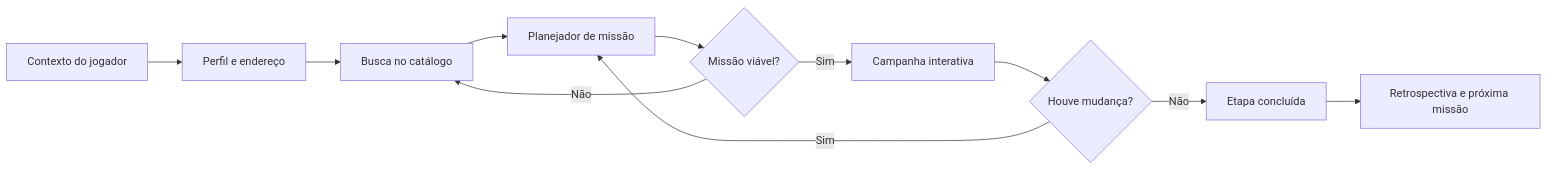
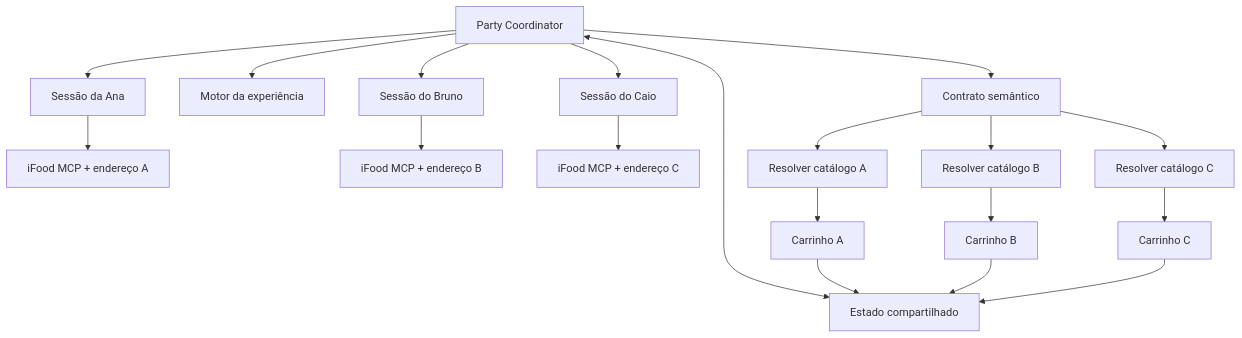
Before and after one commit to mhdsilva/hackaton-ifood: the second of 2 diagrams in README.md, drawn with Mermaid. The commit also changed other lines of this file and 1 other file, not shown here.

````diff
--- a/README.md
+++ b/README.md
@@ -156,13 +213,31 @@
 ```mermaid
-flowchart LR
-    A[Contexto do jogador] --> B[Perfil e endereço]
-    B --> C[Busca no catálogo]
-    C --> D[Planejador de missão]
-    D --> E{Missão viável?}
-    E -- Não --> C
-    E -- Sim --> F[Campanha interativa]
-    F --> G{Houve mudança?}
-    G -- Sim --> D
-    G -- Não --> H[Etapa concluída]
-    H --> I[Retrospectiva e próxima missão]
+flowchart TB
+    PARTY[Party Coordinator]
+    CONTRACT[Contrato semântico]
+    STATE[Estado compartilhado]
+    GAME[Motor da experiência]
+
+    PARTY --> CONTRACT
+    PARTY <--> STATE
+    PARTY --> GAME
+
+    PARTY --> SA[Sessão da Ana]
+    PARTY --> SB[Sessão do Bruno]
+    PARTY --> SC[Sessão do Caio]
+
+    SA --> MA[iFood MCP + endereço A]
+    SB --> MB[iFood MCP + endereço B]
+    SC --> MC[iFood MCP + endereço C]
+
+    CONTRACT --> RA[Resolver catálogo A]
+    CONTRACT --> RB[Resolver catálogo B]
+    CONTRACT --> RC[Resolver catálogo C]
+
+    RA --> CA[Carrinho A]
+    RB --> CB[Carrinho B]
+    RC --> CC[Carrinho C]
+
+    CA --> STATE
+    CB --> STATE
+    CC --> STATE
 ```
````
